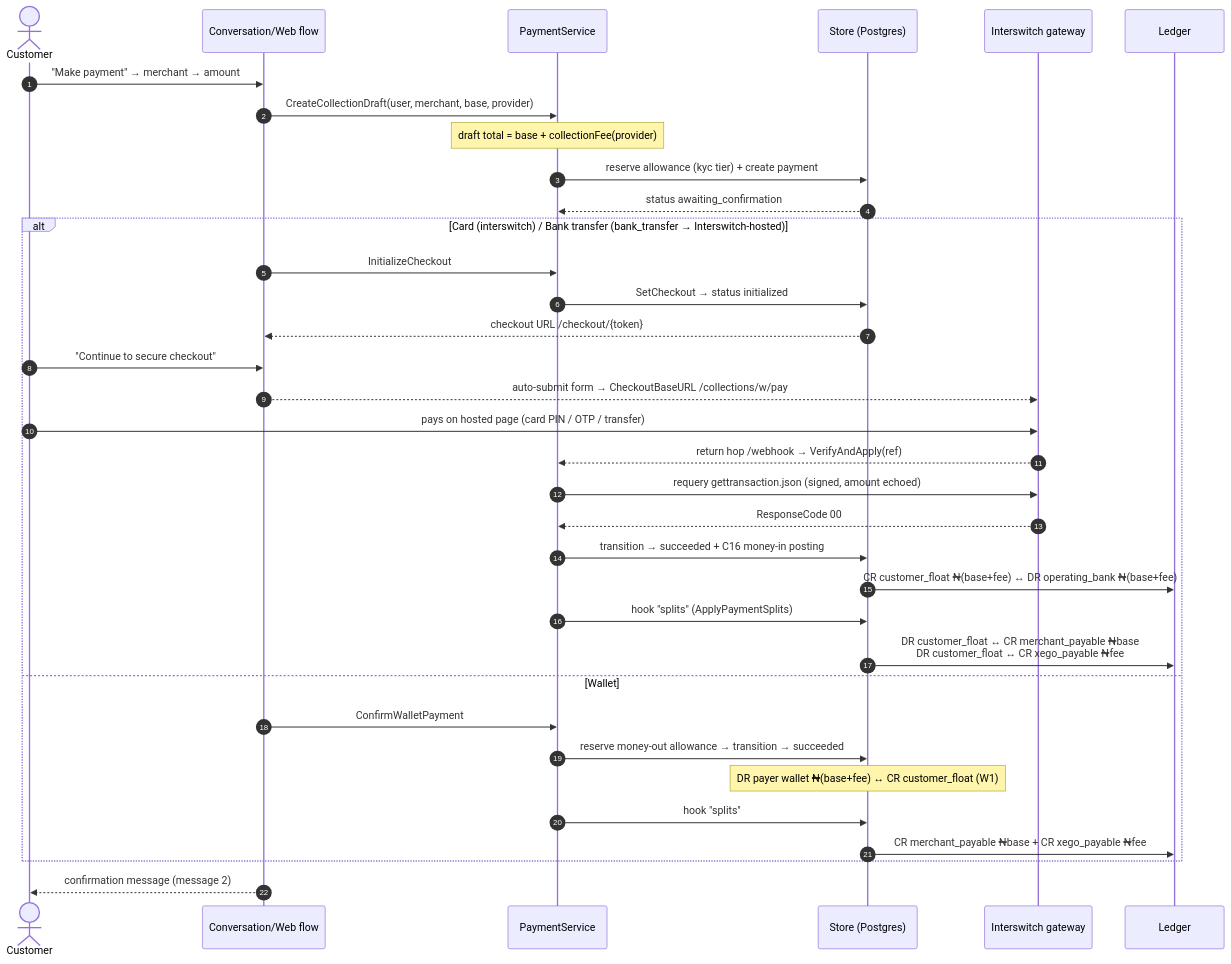
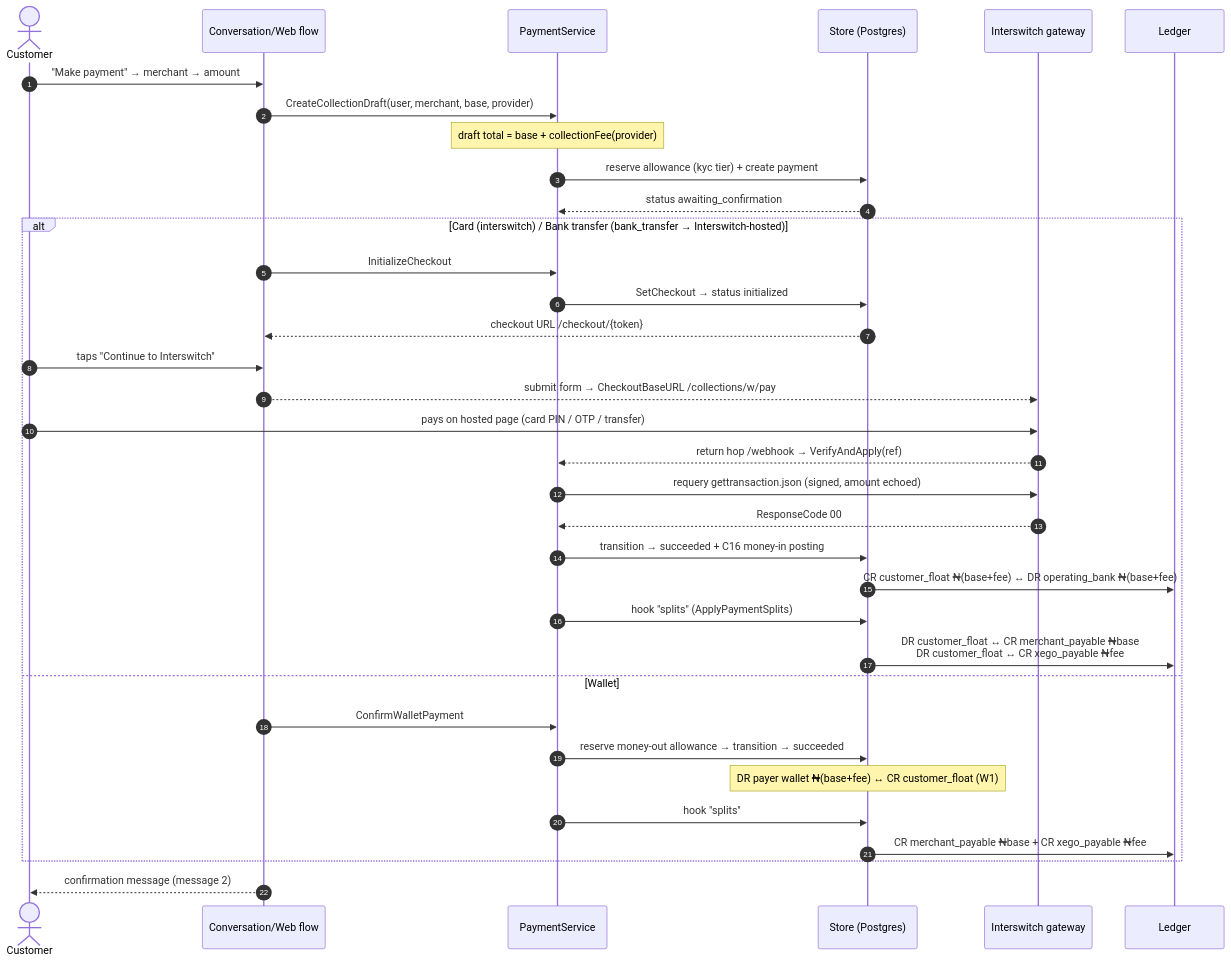
One commit to ekearua/easymoney changed the second of 6 diagrams in XEGO_PAYMENT_DIAGRAMS.md. Above: the diagram before and after it, drawn with Mermaid. The commit also changed other lines of this file and 11 other files, not shown here.

````diff
--- a/XEGO_PAYMENT_DIAGRAMS.md
+++ b/XEGO_PAYMENT_DIAGRAMS.md
@@ -82,40 +82,40 @@
 ```mermaid
 sequenceDiagram
     autonumber
     actor C as Customer
     participant M as Conversation/Web flow
     participant P as PaymentService
     participant S as Store (Postgres)
     participant G as Interswitch gateway
     participant L as Ledger
 
     C->>M: "Make payment" → merchant → amount
     M->>P: CreateCollectionDraft(user, merchant, base, provider)
     Note over P: draft total = base + collectionFee(provider)
     P->>S: reserve allowance (kyc tier) + create payment
     S-->>P: status awaiting_confirmation
 
     alt Card (interswitch) / Bank transfer (bank_transfer → Interswitch-hosted)
         M->>P: InitializeCheckout
         P->>S: SetCheckout → status initialized
         S-->>M: checkout URL /checkout/{token}
-        C->>M: "Continue to secure checkout"
-        M-->>G: auto-submit form → CheckoutBaseURL /collections/w/pay
+        C->>M: taps "Continue to Interswitch"
+        M-->>G: submit form → CheckoutBaseURL /collections/w/pay
         C->>G: pays on hosted page (card PIN / OTP / transfer)
         G-->>P: return hop /webhook → VerifyAndApply(ref)
         P->>G: requery gettransaction.json (signed, amount echoed)
         G-->>P: ResponseCode 00
         P->>S: transition → succeeded + C16 money-in posting
         S->>L: CR customer_float ₦(base+fee)  ↔  DR operating_bank ₦(base+fee)
         P->>S: hook "splits" (ApplyPaymentSplits)
         S->>L: DR customer_float ↔ CR merchant_payable ₦base<br/>DR customer_float ↔ CR xego_payable ₦fee
     else Wallet
         M->>P: ConfirmWalletPayment
         P->>S: reserve money-out allowance → transition → succeeded
         Note over S: DR payer wallet ₦(base+fee) ↔ CR customer_float (W1)
         P->>S: hook "splits"
         S->>L: CR merchant_payable ₦base + CR xego_payable ₦fee
     end
 
     M-->>C: confirmation message (message 2)
 ```
````
